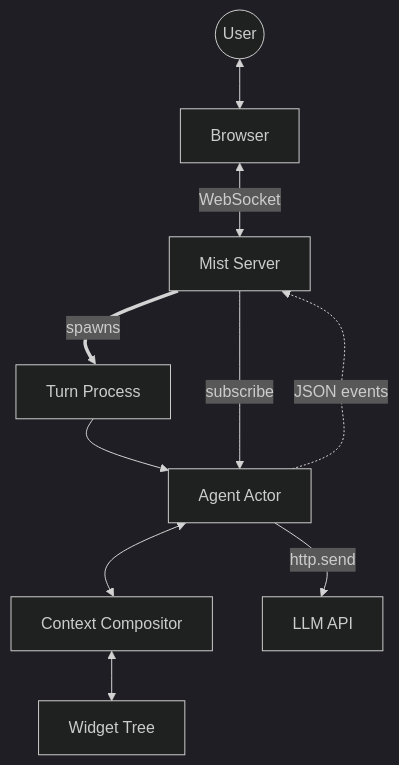
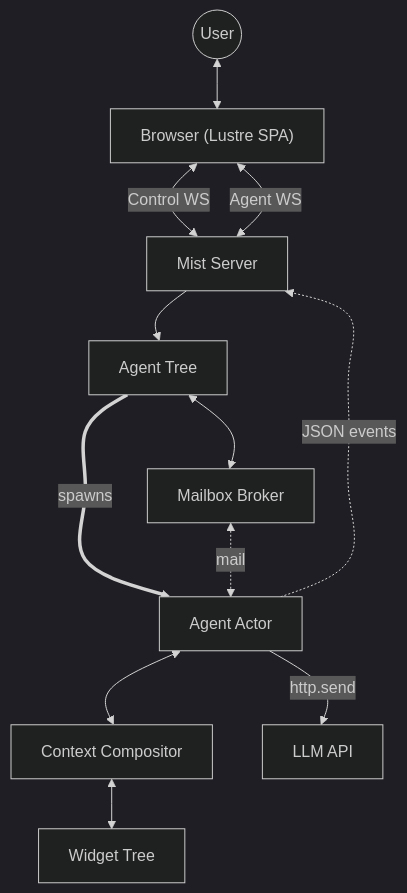
Before and after one commit to nilp0inter/eddie: the diagram in docs/src/overview/README.md, drawn with Mermaid (dark theme). The commit also changed other lines of this file and 9 other files, not shown here.

````diff
--- a/docs/src/overview/README.md
+++ b/docs/src/overview/README.md
@@ -7,13 +7,15 @@
 ```mermaid
 %%{init: {'flowchart': {'curve': 'natural'}}}%%
 flowchart TB
-    User((User)) <--> Browser["Browser"]
-    Browser <-->|WebSocket| Server["Mist Server"]
-    Server ==>|spawns| TurnProc["Turn Process"]
-    TurnProc --> Agent["Agent Actor"]
-    Server -->|subscribe| Agent
+    User((User)) <--> Browser["Browser (Lustre SPA)"]
+    Browser <-->|Control WS| Server["Mist Server"]
+    Browser <-->|Agent WS| Server
+    Server --> AgentTree["Agent Tree"]
+    AgentTree ==>|spawns| Agent["Agent Actor"]
     Agent <--> Context["Context Compositor"]
     Context <--> Widgets["Widget Tree"]
     Agent -->|http.send| LLM["LLM API"]
     Agent -.->|JSON events| Server
+    AgentTree <--> Broker["Mailbox Broker"]
+    Broker <-.->|mail| Agent
 ```
````
